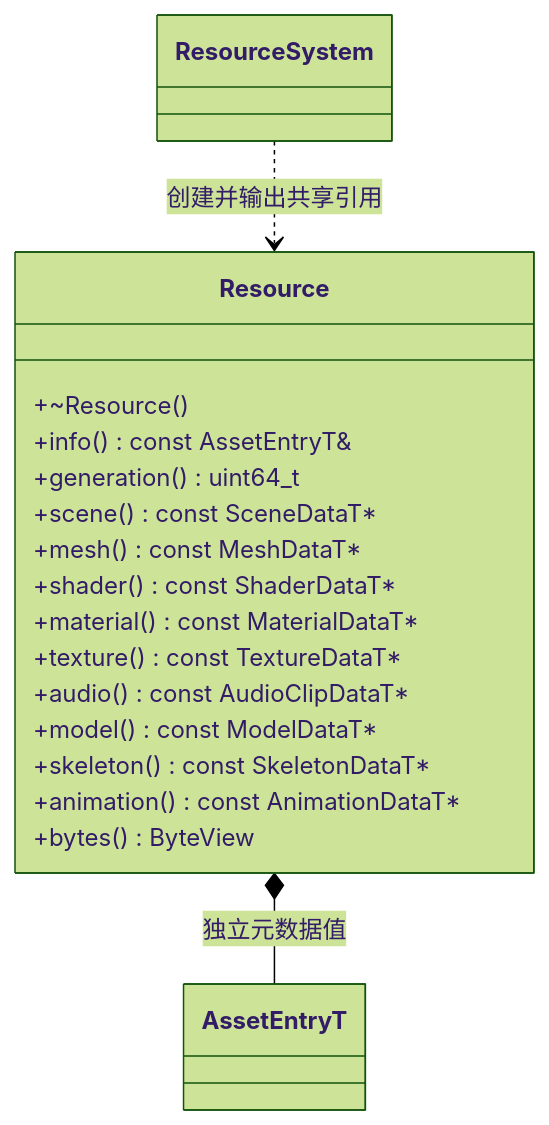
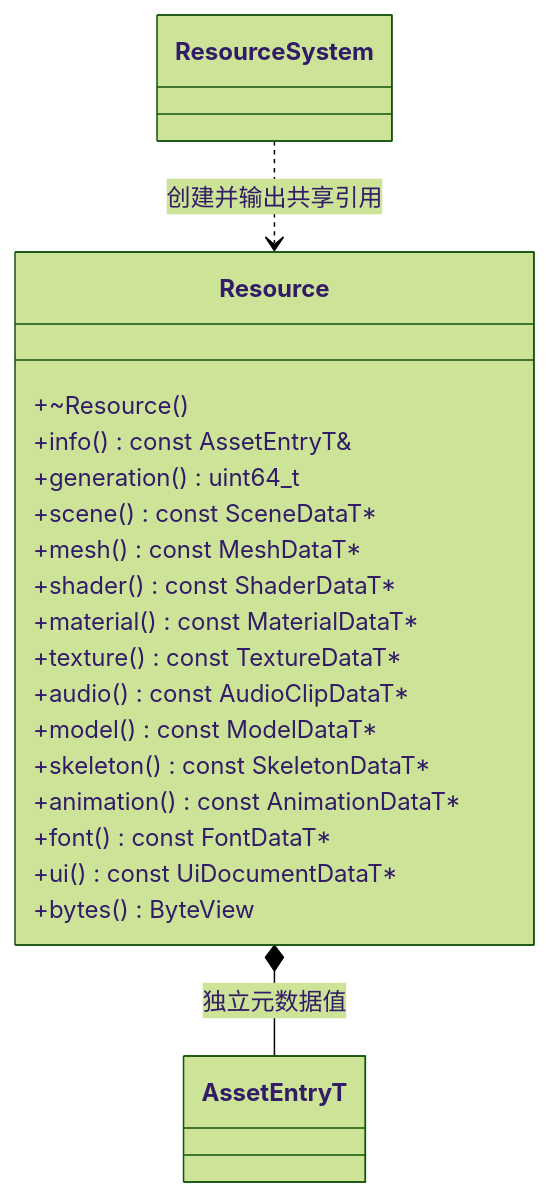
One commit to lcals/Engine changed the first of 2 diagrams in docs/runtime/class-diagrams/resource.md. Above: the diagram before and after it, drawn with Mermaid (forest theme). The commit also changed other lines of this file and 115 other files, not shown here.

````diff
--- a/docs/runtime/class-diagrams/resource.md
+++ b/docs/runtime/class-diagrams/resource.md
@@ -7,22 +7,24 @@
 ```mermaid
 classDiagram
     class Resource {
         +~Resource()
         +info() const AssetEntryT&
         +generation() uint64_t
         +scene() const SceneDataT#42;
         +mesh() const MeshDataT#42;
         +shader() const ShaderDataT#42;
         +material() const MaterialDataT#42;
         +texture() const TextureDataT#42;
         +audio() const AudioClipDataT#42;
         +model() const ModelDataT#42;
         +skeleton() const SkeletonDataT#42;
         +animation() const AnimationDataT#42;
+        +font() const FontDataT#42;
+        +ui() const UiDocumentDataT#42;
         +bytes() ByteView
     }
     class AssetEntryT
     class ResourceSystem
     Resource *-- AssetEntryT : 独立元数据值
     ResourceSystem ..> Resource : 创建并输出共享引用
 ```
````
